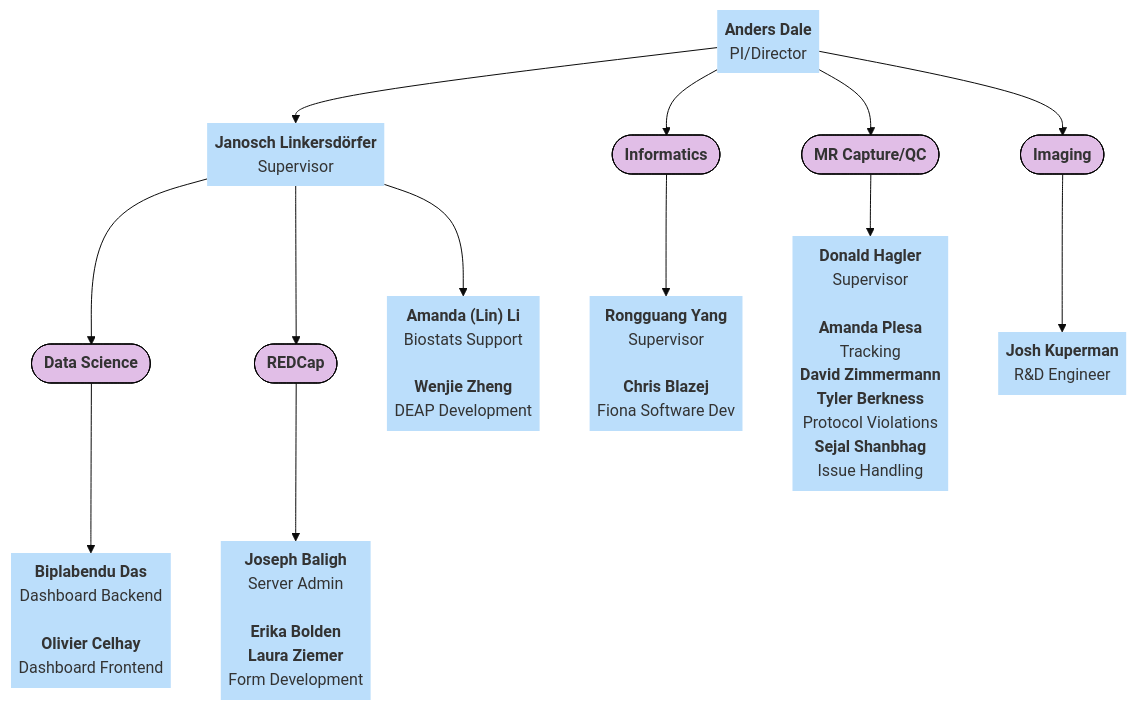
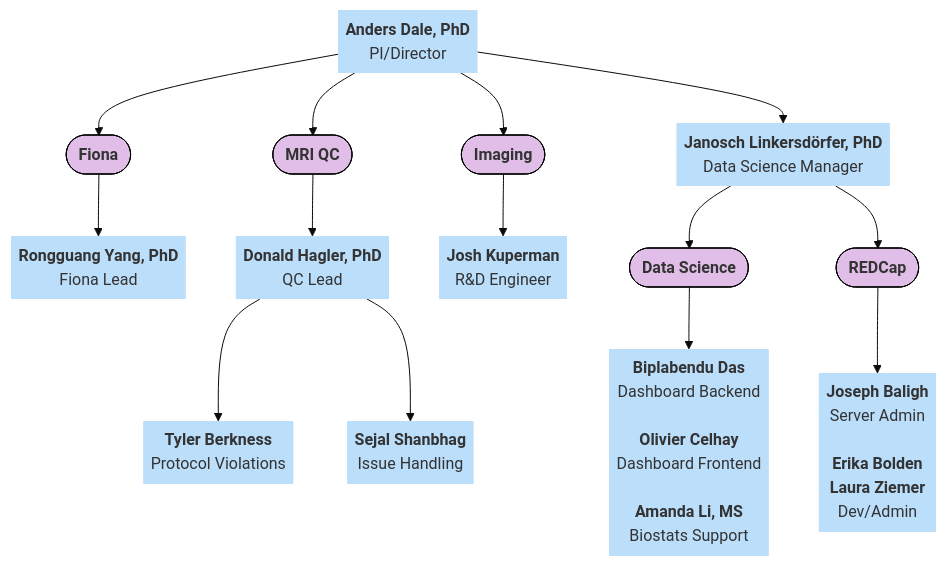
Before and after one commit to DCAN-Labs/hbcd-docs-internal: the eighth of 9 diagrams in docs/orgcharts.md, drawn with Mermaid (base theme).

Commit message:
prune non-HDCC members of UCSD

````diff
--- a/docs/orgcharts.md
+++ b/docs/orgcharts.md
@@ -443,50 +443,40 @@
 ```mermaid
 ---
 config:
   layout: dagre
 ---
 flowchart TB
-    A["<b>Anders Dale</b><br>PI/Director"] --> n1(["<b>Informatics</b>"]) & n2(["<b>MR Capture/QC</b>"]) & n3(["<b>Imaging</b>"]) & n4["<b>Janosch Linkersdörfer</b><br>Supervisor"]
-    n4 --> n5(["<b>Data Science</b>"]) & n6(["<b>REDCap</b>"]) & n7["<b>Amanda (Lin) Li</b><br>Biostats Support<br>
-    <b>Wenjie Zheng</b><br>DEAP Development"]
-    n1 --> n8["<b>Rongguang Yang</b><br>Supervisor<br>
-    <b>Chris Blazej</b>
-    Fiona Software Dev"]
-    n2 --> n9["<b>Donald Hagler</b><br>Supervisor<br>
-    <b>Amanda Plesa</b>
-    Tracking
-    <b>David Zimmermann</b>
-    <b>Tyler Berkness</b>
-    Protocol Violations
-    <b>Sejal Shanbhag</b>
-    Issue Handling"]
+    A["<b>Anders Dale, PhD</b><br>PI/Director"] --> n1(["<b>Fiona</b>"]) & n2(["<b>MRI QC</b>"]) & n3(["<b>Imaging</b>"]) & n4["<b>Janosch Linkersdörfer, PhD</b><br>Data Science Manager"]
+    n4 --> n5(["<b>Data Science</b>"]) & n6(["<b>REDCap</b>"])
+    n1 --> n8["<b>Rongguang Yang, PhD</b><br>Fiona Lead<br>"]
+    n2 --> n9["<b>Donald Hagler, PhD</b><br>QC Lead<br>"]
     n3 --> n10["<b>Josh Kuperman</b><br>R&amp;D Engineer"]
-    n5 --> n11["<b>Biplabendu Das</b><br>Dashboard Backend<br>
-    <b>Olivier Celhay</b>
-    Dashboard Frontend"]
+    n5 --> n11@{ label: "<b>Biplabendu Das</b><br>Dashboard Backend<br>\n    <b>Olivier Celhay</b>\n    Dashboard Frontend<br><br><span style=\"--tw-scale-x:\"><b><span style=\"--tw-scale-x:\">Amanda Li, MS</span><br style=\"--tw-scale-x:\"></b></span><span style=\"--tw-scale-x:\">Biostats Support</span>" }
     n6 --> n12["<b>Joseph Baligh</b><br>Server Admin<br>
     <b>Erika Bolden</b>
-    <b>Laura Ziemer</b>
-    Form Development"]
+    <b>Laura Ziemer</b><br>Dev/Admin"]
+    n9 --> n13@{ label: "<span style=\"--tw-scale-x:\"><b>Tyler Berkness<br></b></span><span style=\"background-color:\">Protocol Violations</span><br>" } & n14@{ label: "<span style=\"--tw-scale-x:\"><b>Sejal Shanbhag<br style=\"--tw-scale-x:\"></b></span><span style=\"--tw-scale-x:\">Issue Handling</span>" }
     A@{ shape: text}
     n4@{ shape: text}
-    n7@{ shape: text}
     n8@{ shape: text}
     n9@{ shape: text}
     n10@{ shape: text}
     n11@{ shape: text}
     n12@{ shape: text}
+    n13@{ shape: text}
+    n14@{ shape: text}
     style A fill:#BBDEFB
     style n1 fill:#E1BEE7,stroke:#000000
     style n2 stroke:#000000,fill:#E1BEE7
     style n3 stroke:#000000,fill:#E1BEE7
     style n4 fill:#BBDEFB
     style n5 stroke:#000000,fill:#E1BEE7
     style n6 stroke:#000000,fill:#E1BEE7
-    style n7 stroke:#000000,fill:#BBDEFB
     style n8 fill:#BBDEFB
     style n9 fill:#BBDEFB
     style n10 fill:#BBDEFB
     style n11 fill:#BBDEFB
     style n12 fill:#BBDEFB
+    style n13 fill:#BBDEFB
+    style n14 fill:#BBDEFB
 ```
````
